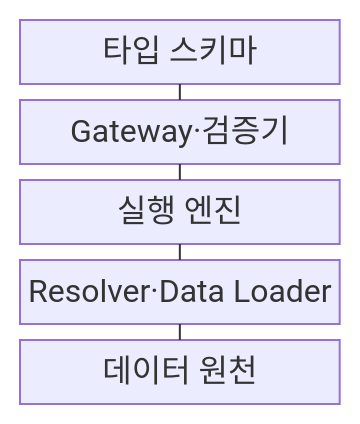
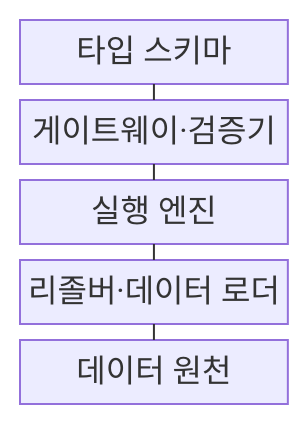
Before and after one commit to agnusdei1207/knowledge-base: the first of 2 diagrams in src/content/docs/notes/03-software/172_graphql.md, drawn with Mermaid. The commit also changed other lines of this file and 20 other files, not shown here.

````diff
--- a/src/content/docs/notes/03-software/172_graphql.md
+++ b/src/content/docs/notes/03-software/172_graphql.md
@@ -56,13 +58,13 @@
 ```mermaid
-block-beta
+block
     columns 1
     A["타입 스키마"]
-    B["Gateway·검증기"]
+    B["게이트웨이·검증기"]
     C["실행 엔진"]
-    D["Resolver·Data Loader"]
+    D["리졸버·데이터 로더"]
     E["데이터 원천"]
     A --- B
     B --- C
     C --- D
     D --- E
 ```
````
